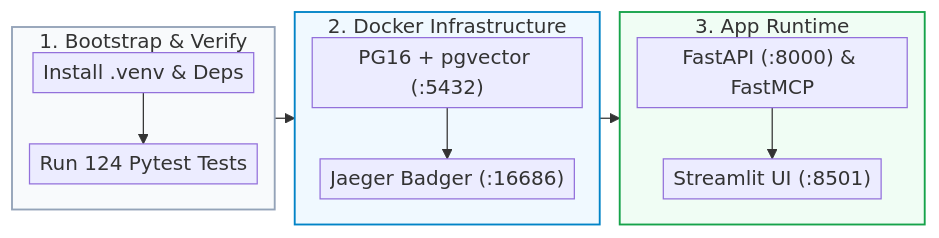
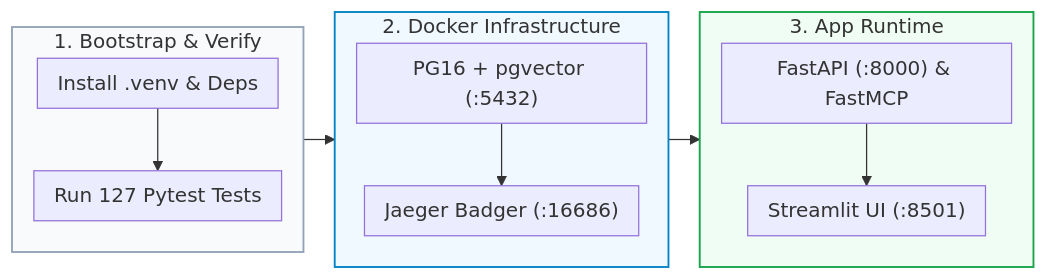
The third of 7 diagrams in README.md (Kenono2000/enterprise-rag-pgvector-rbac), drawn with Mermaid before and after one commit. The commit also changed other lines of this file and 10 other files, not shown here.

````diff
--- a/README.md
+++ b/README.md
@@ -71,20 +72,20 @@
 ```mermaid
-%%{init: {'flowchart': {'nodeSpacing': 8, 'rankSpacing': 16, 'padding': 4}}}%%
+%%{init: {'flowchart': {'nodeSpacing': 15, 'rankSpacing': 25, 'padding': 8}}}%%
 flowchart LR
     subgraph DevBootstrap ["1. Bootstrap & Verify"]
         direction TB
-        Venv["Install .venv & Deps"] --> Pytest["Run 124 Pytest Tests"]
+        Venv["Install .venv & Deps"] --> Pytest["Run 127 Pytest Tests"]
     end
     subgraph Containers ["2. Docker Infrastructure"]
         direction TB
         PG16["PG16 + pgvector (:5432)"] --> Jaeger["Jaeger Badger (:16686)"]
     end
     subgraph Services ["3. App Runtime"]
         direction TB
         FastAPI["FastAPI (:8000) & FastMCP"] --> Streamlit["Streamlit UI (:8501)"]
     end
     DevBootstrap --> Containers --> Services
     style DevBootstrap fill:#f8fafc,stroke:#94a3b8,stroke-width:1.5px
     style Containers fill:#f0f9ff,stroke:#0284c7,stroke-width:1.5px
     style Services fill:#f0fdf4,stroke:#16a34a,stroke-width:1.5px
 ```
````
